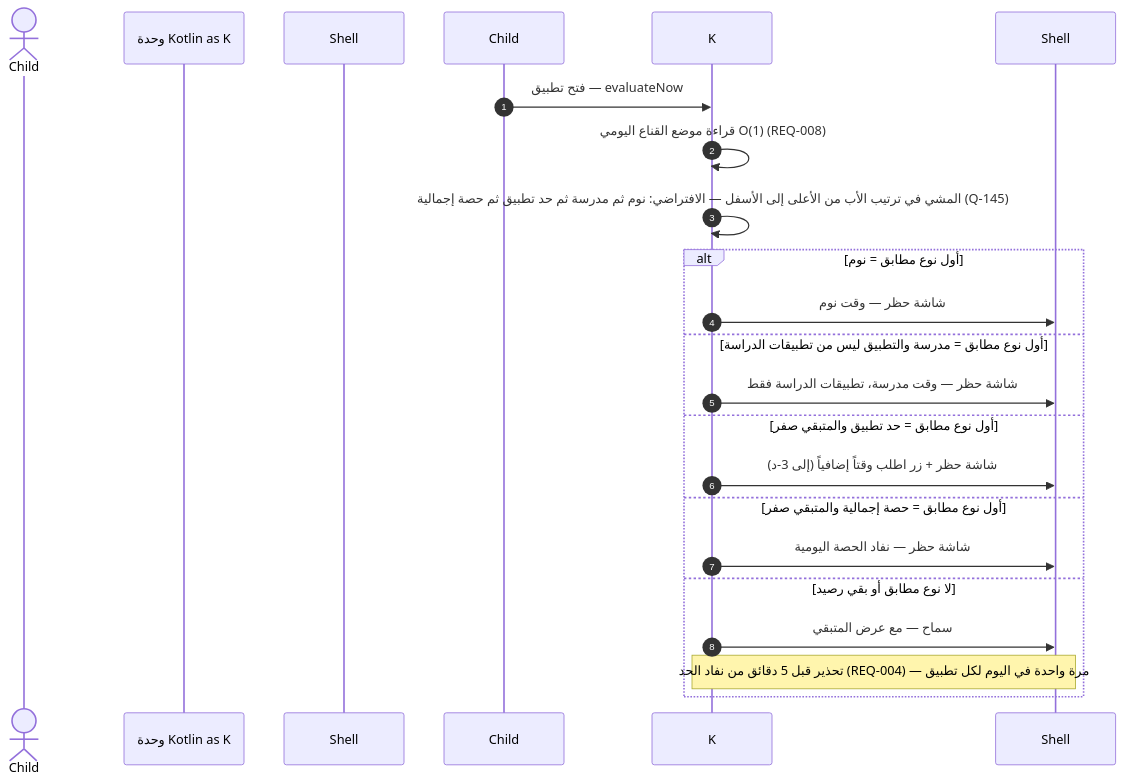
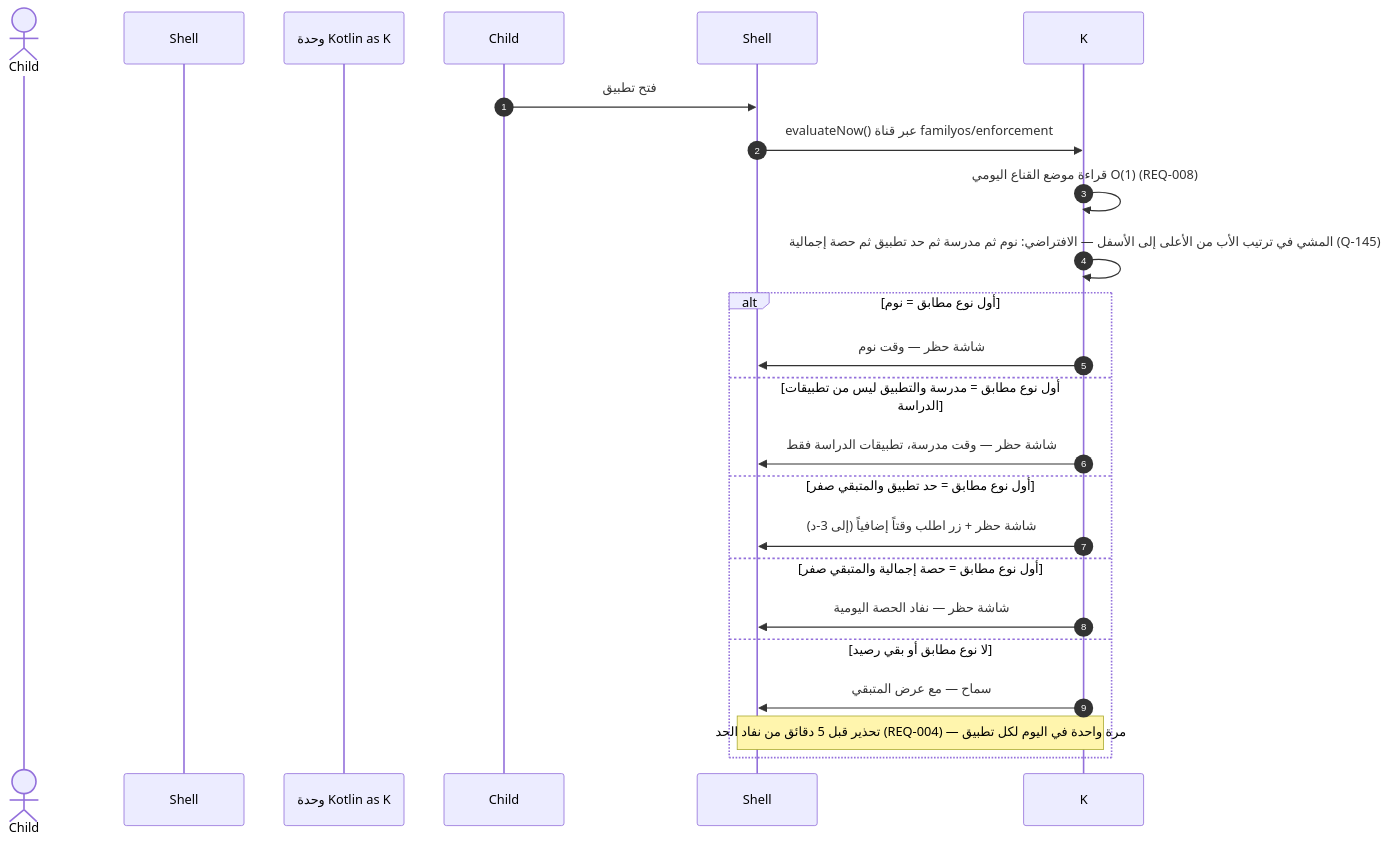
One commit to Bassam-mohammed-alqaeadi/family-os-v2 changed the fifth of 12 diagrams in docs/family-os/governance/phases/phase-1/S1-10-protection-and-enforcement/DIAGRAMS.md. Above: the diagram before and after it, drawn with Mermaid. The commit also changed other lines of this file and 11 other files, not shown here.

````diff
--- a/docs/family-os/governance/phases/phase-1/S1-10-protection-and-enforcement/DIAGRAMS.md
+++ b/docs/family-os/governance/phases/phase-1/S1-10-protection-and-enforcement/DIAGRAMS.md
@@ -254,22 +253,23 @@
 ```mermaid
 sequenceDiagram
     autonumber
     actor الطفل as Child
+    participant الغلاف as Shell
     participant وحدة Kotlin as K
-    participant الغلاف as Shell
-    Child->>K: فتح تطبيق — evaluateNow
+    Child->>Shell: فتح تطبيق
+    Shell->>K: evaluateNow() عبر قناة familyos/enforcement
     K->>K: قراءة موضع القناع اليومي O(1) (REQ-008)
     K->>K: المشي في ترتيب الأب من الأعلى إلى الأسفل — الافتراضي: نوم ثم مدرسة ثم حد تطبيق ثم حصة إجمالية (Q-145)
     alt أول نوع مطابق = نوم
         K->>Shell: شاشة حظر — وقت نوم
     else أول نوع مطابق = مدرسة والتطبيق ليس من تطبيقات الدراسة
         K->>Shell: شاشة حظر — وقت مدرسة، تطبيقات الدراسة فقط
     else أول نوع مطابق = حد تطبيق والمتبقي صفر
         K->>Shell: شاشة حظر + زر اطلب وقتاً إضافياً (إلى 3-د)
     else أول نوع مطابق = حصة إجمالية والمتبقي صفر
         K->>Shell: شاشة حظر — نفاد الحصة اليومية
     else لا نوع مطابق أو بقي رصيد
         K->>Shell: سماح — مع عرض المتبقي
         Note over K,Shell: تحذير قبل 5 دقائق من نفاد الحد (REQ-004) — مرة واحدة في اليوم لكل تطبيق
     end
 ```
````
